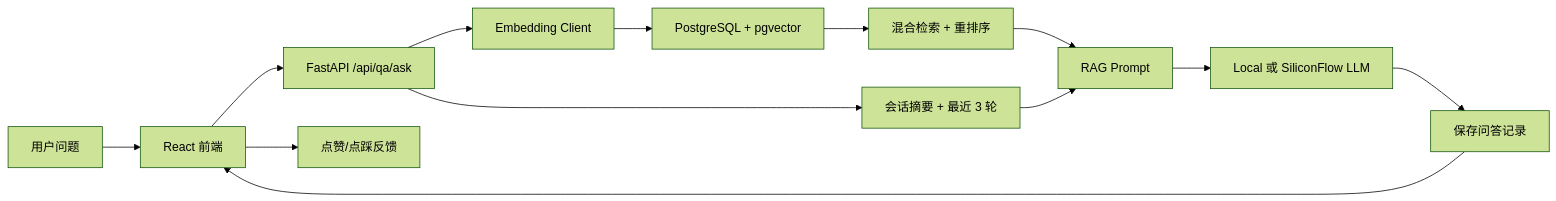
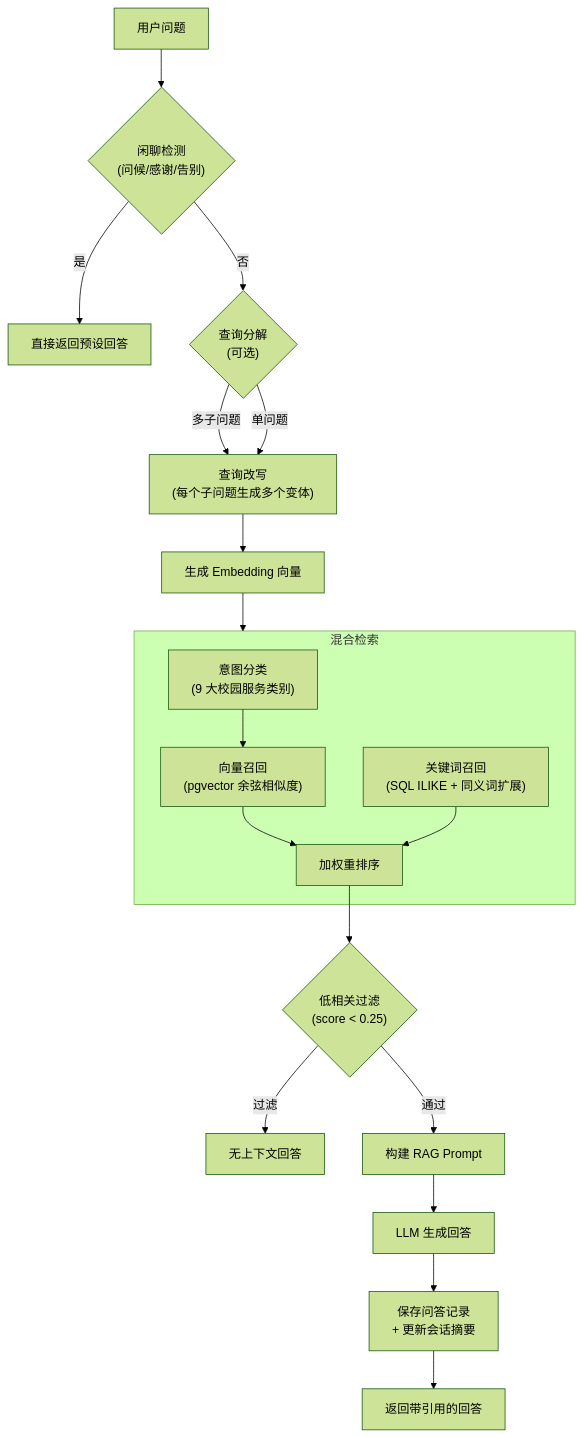
The second of 2 diagrams in README.md (liuqiyang671/rag-cqupt), drawn with Mermaid (forest theme) before and after one commit. The commit also changed other lines of this file and 1 other file, not shown here.

Commit message:
config: change default LLM model to qwen3.5:9b

````diff
--- a/README.md
+++ b/README.md
@@ -16,15 +74,28 @@
 ```mermaid
-flowchart LR
-  User["用户问题"] --> Frontend["React 前端"]
-  Frontend --> API["FastAPI /api/qa/ask"]
-  API --> Embed["Embedding Client"]
-  Embed --> PG["PostgreSQL + pgvector"]
-  PG --> Context["混合检索 + 重排序"]
-  API --> Session["会话摘要 + 最近 3 轮"]
-  Context --> Prompt["RAG Prompt"]
-  Session --> Prompt
-  Prompt --> LLM["Local 或 SiliconFlow LLM"]
-  LLM --> Record["保存问答记录"]
-  Record --> Frontend
-  Frontend --> Feedback["点赞/点踩反馈"]
+flowchart TD
+  Q["用户问题"] --> Casual{"闲聊检测<br/>(问候/感谢/告别)"}
+  Casual -->|是| Direct["直接返回预设回答"]
+  Casual -->|否| Decompose{"查询分解<br/>(可选)"}
+  Decompose -->|多子问题| Rewrite["查询改写<br/>(每个子问题生成多个变体)"]
+  Decompose -->|单问题| Rewrite
+
+  Rewrite --> Embed["生成 Embedding 向量"]
+  Embed --> Hybrid["混合检索"]
+
+  subgraph Hybrid["混合检索"]
+    Intent["意图分类<br/>(9 大校园服务类别)"]
+    Vector["向量召回<br/>(pgvector 余弦相似度)"]
+    Keyword["关键词召回<br/>(SQL ILIKE + 同义词扩展)"]
+    Intent --> Vector
+    Vector --> Rerank["加权重排序"]
+    Keyword --> Rerank
+  end
+
+  Rerank --> Gate{"低相关过滤<br/>(score < 0.25)"}
+  Gate -->|过滤| NoContext["无上下文回答"]
+  Gate -->|通过| Prompt["构建 RAG Prompt"]
+
+  Prompt --> LLM["LLM 生成回答"]
+  LLM --> Save["保存问答记录<br/>+ 更新会话摘要"]
+  Save --> Response["返回带引用的回答"]
 ```
````
